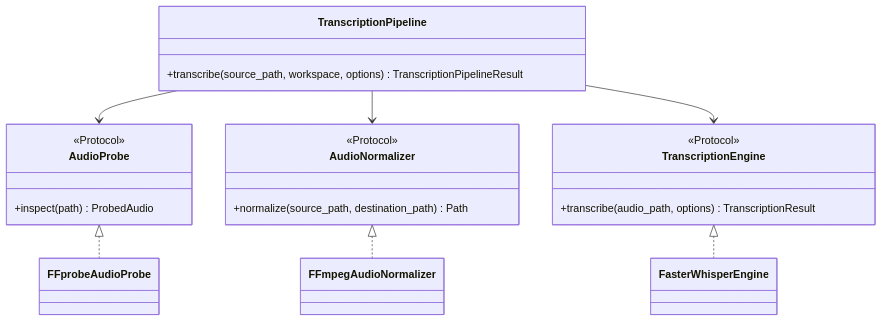
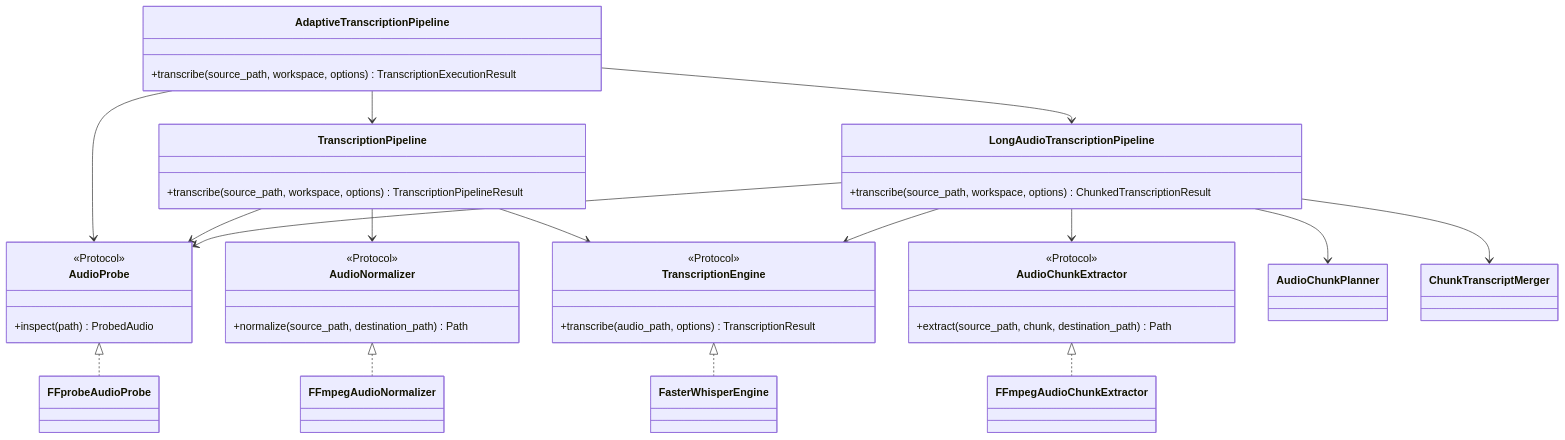
Before and after one commit to aizazmahmood/speech-transcription-service: the third of 5 diagrams in README.md, drawn with Mermaid. The commit also changed other lines of this file and 18 other files, not shown here.

Commit message:
Add long-audio chunked transcription pipeline

````diff
--- a/README.md
+++ b/README.md
@@ -121,33 +154,61 @@
 ```mermaid
 classDiagram
     class AudioProbe {
         <<Protocol>>
         +inspect(path) ProbedAudio
     }
 
     class AudioNormalizer {
         <<Protocol>>
         +normalize(source_path, destination_path) Path
     }
 
+    class AudioChunkExtractor {
+        <<Protocol>>
+        +extract(source_path, chunk, destination_path) Path
+    }
+
     class TranscriptionEngine {
         <<Protocol>>
         +transcribe(audio_path, options) TranscriptionResult
+    }
+
+    class AdaptiveTranscriptionPipeline {
+        +transcribe(source_path, workspace, options) TranscriptionExecutionResult
     }
 
     class TranscriptionPipeline {
         +transcribe(source_path, workspace, options) TranscriptionPipelineResult
     }
 
+    class LongAudioTranscriptionPipeline {
+        +transcribe(source_path, workspace, options) ChunkedTranscriptionResult
+    }
+
+    class AudioChunkPlanner
+    class ChunkTranscriptMerger
+
     class FFprobeAudioProbe
     class FFmpegAudioNormalizer
+    class FFmpegAudioChunkExtractor
     class FasterWhisperEngine
 
     AudioProbe <|.. FFprobeAudioProbe
     AudioNormalizer <|.. FFmpegAudioNormalizer
+    AudioChunkExtractor <|.. FFmpegAudioChunkExtractor
     TranscriptionEngine <|.. FasterWhisperEngine
+
+    AdaptiveTranscriptionPipeline --> AudioProbe
+    AdaptiveTranscriptionPipeline --> TranscriptionPipeline
+    AdaptiveTranscriptionPipeline --> LongAudioTranscriptionPipeline
 
     TranscriptionPipeline --> AudioProbe
     TranscriptionPipeline --> AudioNormalizer
     TranscriptionPipeline --> TranscriptionEngine
+
+    LongAudioTranscriptionPipeline --> AudioProbe
+    LongAudioTranscriptionPipeline --> AudioChunkExtractor
+    LongAudioTranscriptionPipeline --> TranscriptionEngine
+    LongAudioTranscriptionPipeline --> AudioChunkPlanner
+    LongAudioTranscriptionPipeline --> ChunkTranscriptMerger
 ```
````
